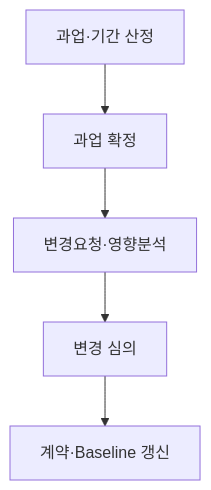
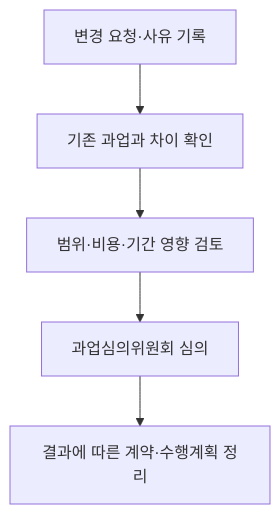
Before and after one commit to agnusdei1207/study: the diagram in src/content/docs/notes/itpe/01-it-strategy/091_public_sw_cost_and_scope_change_criteria.md, drawn with Mermaid. The commit also changed other lines of this file, not shown here.

````diff
--- a/src/content/docs/notes/itpe/01-it-strategy/091_public_sw_cost_and_scope_change_criteria.md
+++ b/src/content/docs/notes/itpe/01-it-strategy/091_public_sw_cost_and_scope_change_criteria.md
@@ -116,4 +95,7 @@
 ```mermaid
 flowchart TD
-    S1["과업·기간 산정"] --> S2["과업 확정"] --> S3["변경요청·영향분석"] --> S4["변경 심의"] --> S5["계약·Baseline 갱신"]
+    A[변경 요청·사유 기록] --> B[기존 과업과 차이 확인]
+    B --> C[범위·비용·기간 영향 검토]
+    C --> D[과업심의위원회 심의]
+    D --> E[결과에 따른 계약·수행계획 정리]
 ```
````
